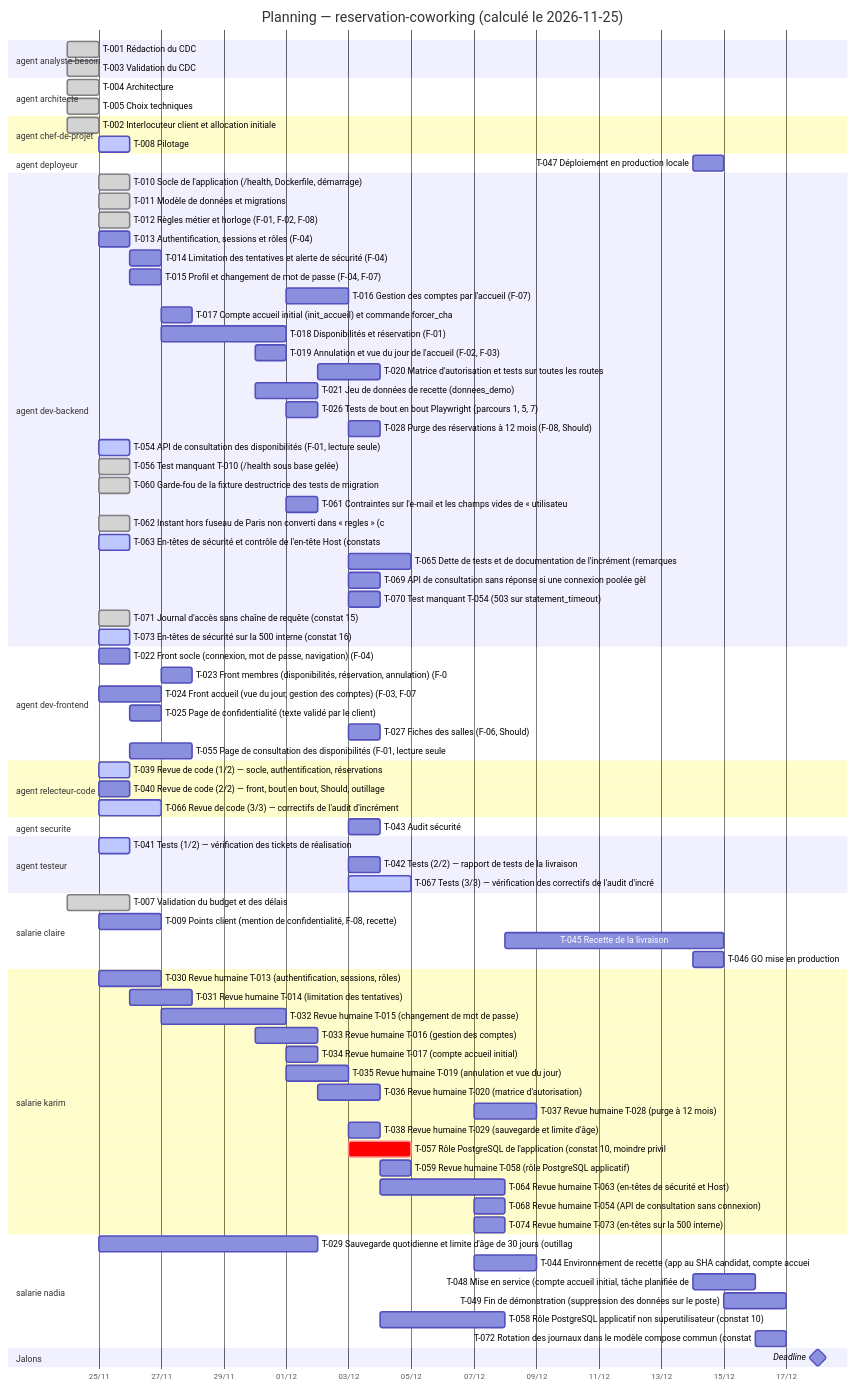
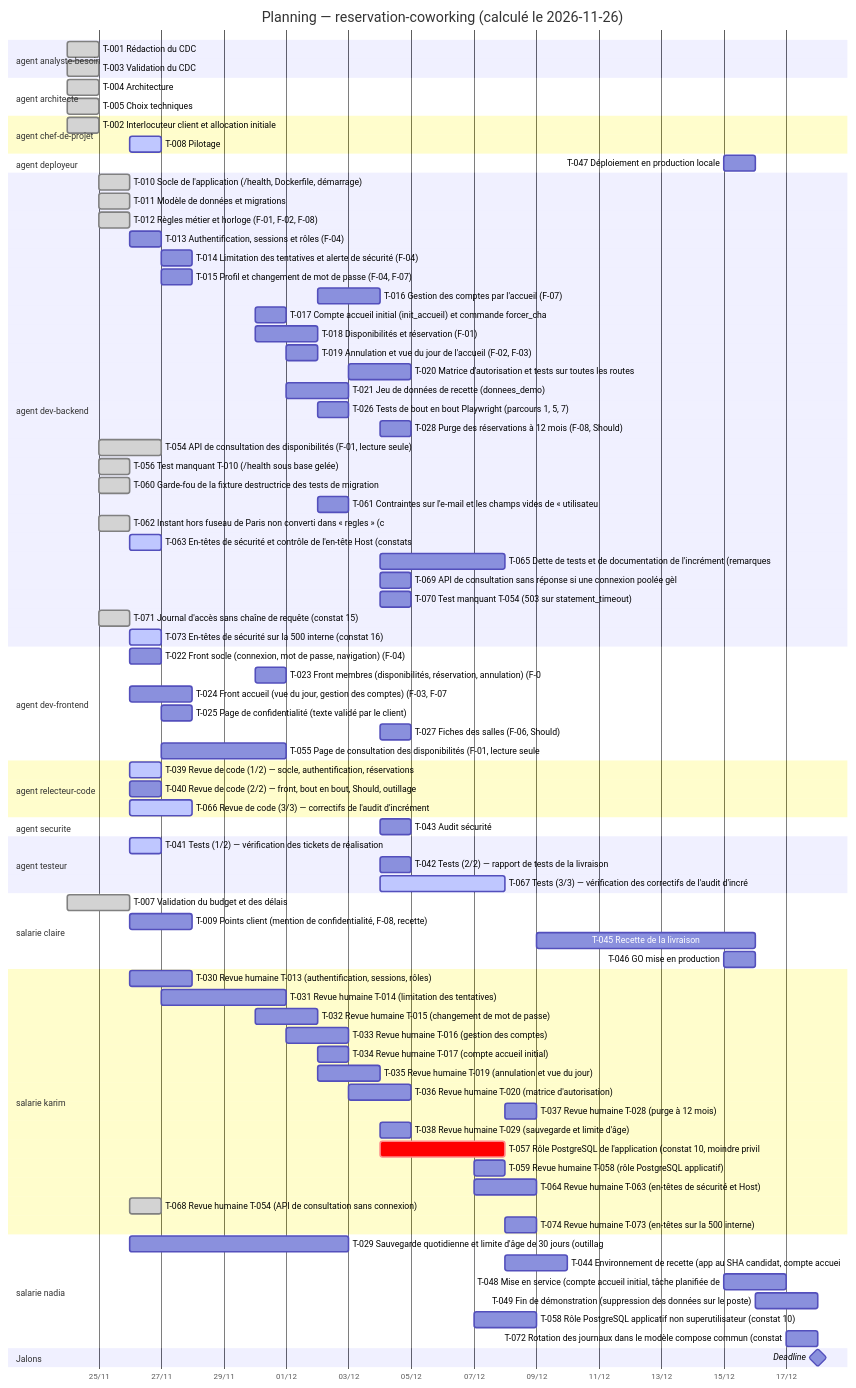
The diagram in projets/reservation-coworking/TABLEAU.md (LopezMat/tpGestionProjet), drawn with Mermaid before and after one commit. The commit also changed other lines of this file and 8 other files, not shown here.

First line of the commit message:
reservation-coworking : T-054 TERMINE (revue humaine T-068), campagne de tests 7

````diff
--- a/projets/reservation-coworking/TABLEAU.md
+++ b/projets/reservation-coworking/TABLEAU.md
@@ -94,6 +92,6 @@
 ```mermaid
 gantt
-    title Planning — reservation-coworking (calculé le 2026-11-25)
+    title Planning — reservation-coworking (calculé le 2026-11-26)
     dateFormat YYYY-MM-DD
     axisFormat %d/%m
     section agent analyste-besoin
@@ -104,79 +102,79 @@
     T-005 Choix techniques :done, t005, 2026-11-24, 2026-11-25
     section agent chef-de-projet
     T-002 Interlocuteur client et allocation initiale :done, t002, 2026-11-24, 2026-11-25
-    T-008 Pilotage :active, t008, 2026-11-25, 2026-11-26
+    T-008 Pilotage :active, t008, 2026-11-26, 2026-11-27
     section agent deployeur
-    T-047 Déploiement en production locale :t047, 2026-12-14, 2026-12-15
+    T-047 Déploiement en production locale :t047, 2026-12-15, 2026-12-16
     section agent dev-backend
     T-010 Socle de l'application (/health, Dockerfile, démarrage) :done, t010, 2026-11-25, 2026-11-26
     T-011 Modèle de données et migrations :done, t011, 2026-11-25, 2026-11-26
     T-012 Règles métier et horloge (F-01, F-02, F-08) :done, t012, 2026-11-25, 2026-11-26
-    T-013 Authentification, sessions et rôles (F-04) :t013, 2026-11-25, 2026-11-26
-    T-014 Limitation des tentatives et alerte de sécurité (F-04) :t014, 2026-11-26, 2026-11-27
-    T-015 Profil et changement de mot de passe (F-04, F-07) :t015, 2026-11-26, 2026-11-27
-    T-016 Gestion des comptes par l'accueil (F-07) :t016, 2026-12-01, 2026-12-03
-    T-017 Compte accueil initial (init_accueil) et commande forcer_cha :t017, 2026-11-27, 2026-11-28
-    T-018 Disponibilités et réservation (F-01) :t018, 2026-11-27, 2026-12-01
-    T-019 Annulation et vue du jour de l'accueil (F-02, F-03) :t019, 2026-11-30, 2026-12-01
-    T-020 Matrice d'autorisation et tests sur toutes les routes :t020, 2026-12-02, 2026-12-04
-    T-021 Jeu de données de recette (donnees_demo) :t021, 2026-11-30, 2026-12-02
-    T-026 Tests de bout en bout Playwright (parcours 1, 5, 7) :t026, 2026-12-01, 2026-12-02
-    T-028 Purge des réservations à 12 mois (F-08, Should) :t028, 2026-12-03, 2026-12-04
-    T-054 API de consultation des disponibilités (F-01, lecture seule) :active, t054, 2026-11-25, 2026-11-26
+    T-013 Authentification, sessions et rôles (F-04) :t013, 2026-11-26, 2026-11-27
+    T-014 Limitation des tentatives et alerte de sécurité (F-04) :t014, 2026-11-27, 2026-11-28
+    T-015 Profil et changement de mot de passe (F-04, F-07) :t015, 2026-11-27, 2026-11-28
+    T-016 Gestion des comptes par l'accueil (F-07) :t016, 2026-12-02, 2026-12-04
+    T-017 Compte accueil initial (init_accueil) et commande forcer_cha :t017, 2026-11-30, 2026-12-01
+    T-018 Disponibilités et réservation (F-01) :t018, 2026-11-30, 2026-12-02
+    T-019 Annulation et vue du jour de l'accueil (F-02, F-03) :t019, 2026-12-01, 2026-12-02
+    T-020 Matrice d'autorisation et tests sur toutes les routes :t020, 2026-12-03, 2026-12-05
+    T-021 Jeu de données de recette (donnees_demo) :t021, 2026-12-01, 2026-12-03
+    T-026 Tests de bout en bout Playwright (parcours 1, 5, 7) :t026, 2026-12-02, 2026-12-03
+    T-028 Purge des réservations à 12 mois (F-08, Should) :t028, 2026-12-04, 2026-12-05
+    T-054 API de consultation des disponibilités (F-01, lecture seule) :done, t054, 2026-11-25, 2026-11-27
     T-056 Test manquant T-010 (/health sous base gelée) :done, t056, 2026-11-25, 2026-11-26
     T-060 Garde-fou de la fixture destructrice des tests de migration  :done, t060, 2026-11-25, 2026-11-26
-    T-061 Contraintes sur l'e-mail et les champs vides de « utilisateu :t061, 2026-12-01, 2026-12-02
+    T-061 Contraintes sur l'e-mail et les champs vides de « utilisateu :t061, 2026-12-02, 2026-12-03
     T-062 Instant hors fuseau de Paris non converti dans « regles » (c :done, t062, 2026-11-25, 2026-11-26
-    T-063 En-têtes de sécurité et contrôle de l'en-tête Host (constats :active, t063, 2026-11-25, 2026-11-26
-    T-065 Dette de tests et de documentation de l'incrément (remarques :t065, 2026-12-03, 2026-12-05
-    T-069 API de consultation sans réponse si une connexion poolée gèl :t069, 2026-12-03, 2026-12-04
-    T-070 Test manquant T-054 (503 sur statement_timeout) :t070, 2026-12-03, 2026-12-04
+    T-063 En-têtes de sécurité et contrôle de l'en-tête Host (constats :active, t063, 2026-11-26, 2026-11-27
+    T-065 Dette de tests et de documentation de l'incrément (remarques :t065, 2026-12-04, 2026-12-08
+    T-069 API de consultation sans réponse si une connexion poolée gèl :t069, 2026-12-04, 2026-12-05
+    T-070 Test manquant T-054 (503 sur statement_timeout) :t070, 2026-12-04, 2026-12-05
     T-071 Journal d'accès sans chaîne de requête (constat 15) :done, t071, 2026-11-25, 2026-11-26
-    T-073 En-têtes de sécurité sur la 500 interne (constat 16) :active, t073, 2026-11-25, 2026-11-26
+    T-073 En-têtes de sécurité sur la 500 interne (constat 16) :active, t073, 2026-11-26, 2026-11-27
     section agent dev-frontend
-    T-022 Front socle (connexion, mot de passe, navigation) (F-04) :t022, 2026-11-25, 2026-11-26
-    T-023 Front membres (disponibilités, réservation, annulation) (F-0 :t023, 2026-11-27, 2026-11-28
-    T-024 Front accueil (vue du jour, gestion des comptes) (F-03, F-07 :t024, 2026-11-25, 2026-11-27
-    T-025 Page de confidentialité (texte validé par le client) :t025, 2026-11-26, 2026-11-27
-    T-027 Fiches des salles (F-06, Should) :t027, 2026-12-03, 2026-12-04
-    T-055 Page de consultation des disponibilités (F-01, lecture seule :t055, 2026-11-26, 2026-11-28
+    T-022 Front socle (connexion, mot de passe, navigation) (F-04) :t022, 2026-11-26, 2026-11-27
+    T-023 Front membres (disponibilités, réservation, annulation) (F-0 :t023, 2026-11-30, 2026-12-01
+    T-024 Front accueil (vue du jour, gestion des comptes) (F-03, F-07 :t024, 2026-11-26, 2026-11-28
+    T-025 Page de confidentialité (texte validé par le client) :t025, 2026-11-27, 2026-11-28
+    T-027 Fiches des salles (F-06, Should) :t027, 2026-12-04, 2026-12-05
+    T-055 Page de consultation des disponibilités (F-01, lecture seule :t055, 2026-11-27, 2026-12-01
     section agent relecteur-code
-    T-039 Revue de code (1/2) — socle, authentification, réservations :active, t039, 2026-11-25, 2026-11-26
-    T-040 Revue de code (2/2) — front, bout en bout, Should, outillage :t040, 2026-11-25, 2026-11-26
-    T-066 Revue de code (3/3) — correctifs de l'audit d'incrément :active, t066, 2026-11-25, 2026-11-27
+    T-039 Revue de code (1/2) — socle, authentification, réservations :active, t039, 2026-11-26, 2026-11-27
+    T-040 Revue de code (2/2) — front, bout en bout, Should, outillage :t040, 2026-11-26, 2026-11-27
+    T-066 Revue de code (3/3) — correctifs de l'audit d'incrément :active, t066, 2026-11-26, 2026-11-28
     section agent securite
-    T-043 Audit sécurité :t043, 2026-12-03, 2026-12-04
+    T-043 Audit sécurité :t043, 2026-12-04, 2026-12-05
     section agent testeur
-    T-041 Tests (1/2) — vérification des tickets de réalisation :active, t041, 2026-11-25, 2026-11-26
-    T-042 Tests (2/2) — rapport de tests de la livraison :t042, 2026-12-03, 2026-12-04
-    T-067 Tests (3/3) — vérification des correctifs de l'audit d'incré :active, t067, 2026-12-03, 2026-12-05
+    T-041 Tests (1/2) — vérification des tickets de réalisation :active, t041, 2026-11-26, 2026-11-27
+    T-042 Tests (2/2) — rapport de tests de la livraison :t042, 2026-12-04, 2026-12-05
+    T-067 Tests (3/3) — vérification des correctifs de l'audit d'incré :active, t067, 2026-12-04, 2026-12-08
     section salarie claire
     T-007 Validation du budget et des délais :done, t007, 2026-11-24, 2026-11-26
-    T-009 Points client (mention de confidentialité, F-08, recette) :t009, 2026-11-25, 2026-11-27
-    T-045 Recette de la livraison :t045, 2026-12-08, 2026-12-15
-    T-046 GO mise en production :t046, 2026-12-14, 2026-12-15
+    T-009 Points client (mention de confidentialité, F-08, recette) :t009, 2026-11-26, 2026-11-28
+    T-045 Recette de la livraison :t045, 2026-12-09, 2026-12-16
+    T-046 GO mise en production :t046, 2026-12-15, 2026-12-16
     section salarie karim
-    T-030 Revue humaine T-013 (authentification, sessions, rôles) :t030, 2026-11-25, 2026-11-27
-    T-031 Revue humaine T-014 (limitation des tentatives) :t031, 2026-11-26, 2026-11-28
-    T-032 Revue humaine T-015 (changement de mot de passe) :t032, 2026-11-27, 2026-12-01
-    T-033 Revue humaine T-016 (gestion des comptes) :t033, 2026-11-30, 2026-12-02
-    T-034 Revue humaine T-017 (compte accueil initial) :t034, 2026-12-01, 2026-12-02
-    T-035 Revue humaine T-019 (annulation et vue du jour) :t035, 2026-12-01, 2026-12-03
-    T-036 Revue humaine T-020 (matrice d'autorisation) :t036, 2026-12-02, 2026-12-04
-    T-037 Revue humaine T-028 (purge à 12 mois) :t037, 2026-12-07, 2026-12-09
-    T-038 Revue humaine T-029 (sauvegarde et limite d'âge) :t038, 2026-12-03, 2026-12-04
-    T-057 Rôle PostgreSQL de l'application (constat 10, moindre privil :crit, t057, 2026-12-03, 2026-12-05
-    T-059 Revue humaine T-058 (rôle PostgreSQL applicatif) :t059, 2026-12-04, 2026-12-05
-    T-064 Revue humaine T-063 (en-têtes de sécurité et Host) :t064, 2026-12-04, 2026-12-08
-    T-068 Revue humaine T-054 (API de consultation sans connexion) :t068, 2026-12-07, 2026-12-08
-    T-074 Revue humaine T-073 (en-têtes sur la 500 interne) :t074, 2026-12-07, 2026-12-08
+    T-030 Revue humaine T-013 (authentification, sessions, rôles) :t030, 2026-11-26, 2026-11-28
+    T-031 Revue humaine T-014 (limitation des tentatives) :t031, 2026-11-27, 2026-12-01
+    T-032 Revue humaine T-015 (changement de mot de passe) :t032, 2026-11-30, 2026-12-02
+    T-033 Revue humaine T-016 (gestion des comptes) :t033, 2026-12-01, 2026-12-03
+    T-034 Revue humaine T-017 (compte accueil initial) :t034, 2026-12-02, 2026-12-03
+    T-035 Revue humaine T-019 (annulation et vue du jour) :t035, 2026-12-02, 2026-12-04
+    T-036 Revue humaine T-020 (matrice d'autorisation) :t036, 2026-12-03, 2026-12-05
+    T-037 Revue humaine T-028 (purge à 12 mois) :t037, 2026-12-08, 2026-12-09
+    T-038 Revue humaine T-029 (sauvegarde et limite d'âge) :t038, 2026-12-04, 2026-12-05
+    T-057 Rôle PostgreSQL de l'application (constat 10, moindre privil :crit, t057, 2026-12-04, 2026-12-08
+    T-059 Revue humaine T-058 (rôle PostgreSQL applicatif) :t059, 2026-12-07, 2026-12-08
+    T-064 Revue humaine T-063 (en-têtes de sécurité et Host) :t064, 2026-12-07, 2026-12-09
+    T-068 Revue humaine T-054 (API de consultation sans connexion) :done, t068, 2026-11-26, 2026-11-27
+    T-074 Revue humaine T-073 (en-têtes sur la 500 interne) :t074, 2026-12-08, 2026-12-09
     section salarie nadia
-    T-029 Sauvegarde quotidienne et limite d'âge de 30 jours (outillag :t029, 2026-11-25, 2026-12-02
-    T-044 Environnement de recette (app au SHA candidat, compte accuei :t044, 2026-12-07, 2026-12-09
-    T-048 Mise en service (compte accueil initial, tâche planifiée de  :t048, 2026-12-14, 2026-12-16
-    T-049 Fin de démonstration (suppression des données sur le poste) :t049, 2026-12-15, 2026-12-17
-    T-058 Rôle PostgreSQL applicatif non superutilisateur (constat 10) :t058, 2026-12-04, 2026-12-08
-    T-072 Rotation des journaux dans le modèle compose commun (constat :t072, 2026-12-16, 2026-12-17
+    T-029 Sauvegarde quotidienne et limite d'âge de 30 jours (outillag :t029, 2026-11-26, 2026-12-03
+    T-044 Environnement de recette (app au SHA candidat, compte accuei :t044, 2026-12-08, 2026-12-10
+    T-048 Mise en service (compte accueil initial, tâche planifiée de  :t048, 2026-12-15, 2026-12-17
+    T-049 Fin de démonstration (suppression des données sur le poste) :t049, 2026-12-16, 2026-12-18
+    T-058 Rôle PostgreSQL applicatif non superutilisateur (constat 10) :t058, 2026-12-07, 2026-12-09
+    T-072 Rotation des journaux dans le modèle compose commun (constat :t072, 2026-12-17, 2026-12-18
     section Jalons
     Deadline :milestone, deadline, 2026-12-18, 0d
 ```
````
